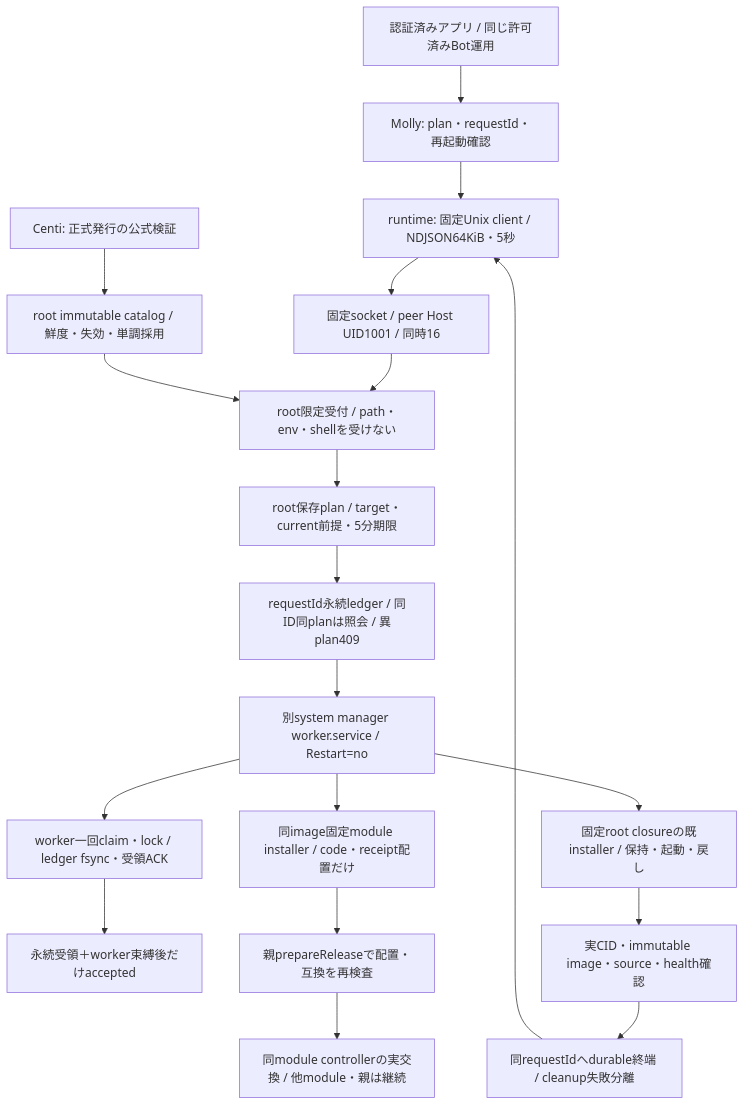
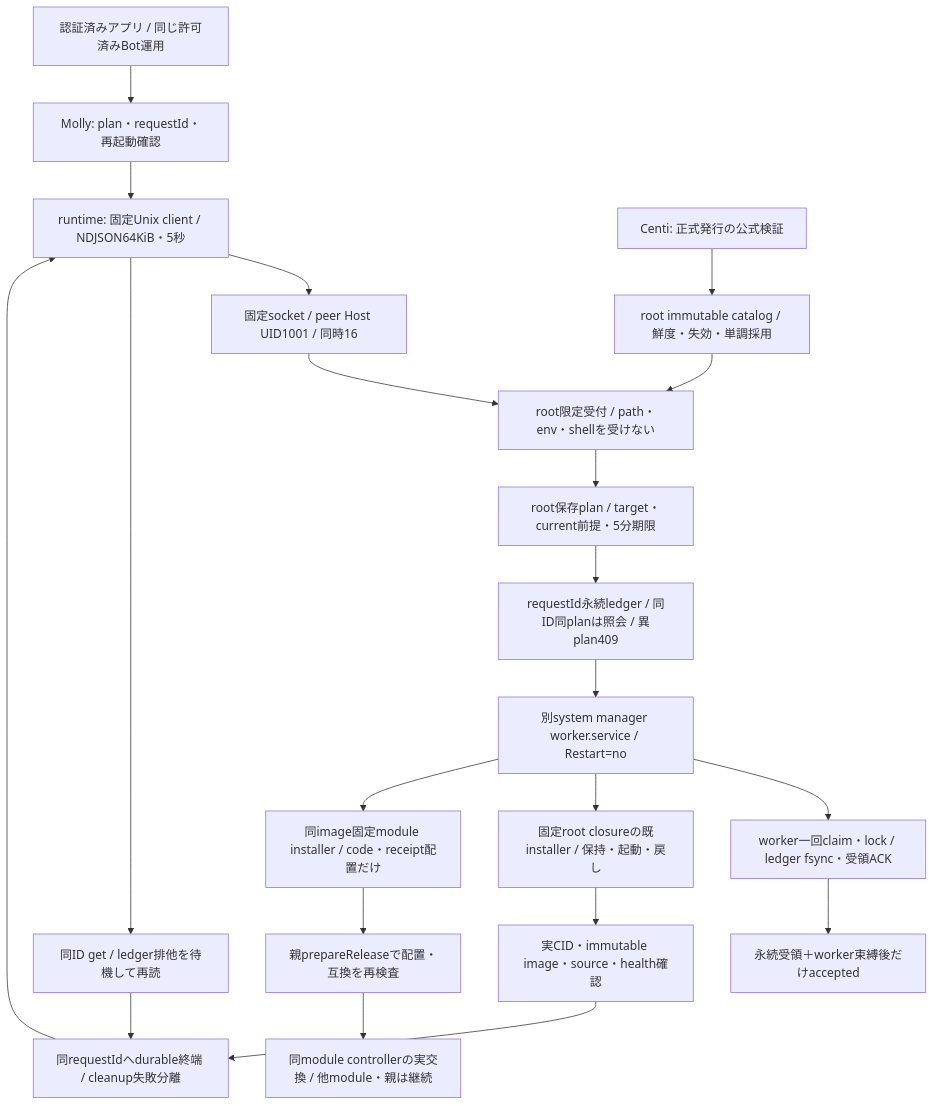
The diagram in docs/architecture/modules/runtime/container-update.md (kitepon/BellTeam), drawn with Mermaid before and after one commit. The commit also changed other lines of this file and 3 other files, not shown here.

````diff
--- a/docs/architecture/modules/runtime/container-update.md
+++ b/docs/architecture/modules/runtime/container-update.md
@@ -5,21 +5,23 @@
 ```mermaid
 flowchart TD
   UI[認証済みアプリ / 同じ許可済みBot運用] --> Common[Molly: plan・requestId・再起動確認]
   Common --> Client[runtime: 固定Unix client / NDJSON64KiB・5秒]
   Client --> Socket[固定socket / peer Host UID1001 / 同時16]
   Socket --> Host[root限定受付 / path・env・shellを受けない]
   Catalog[Centi: 正式発行の公式検証] --> Store[root immutable catalog / 鮮度・失効・単調採用]
   Store --> Host
   Host --> Plan[root保存plan / target・current前提・5分期限]
   Plan --> Ledger[requestId永続ledger / 同ID同planは照会 / 異plan409]
   Ledger --> Unit[別system manager worker.service / Restart=no]
   Unit --> Bound[worker一回claim・lock / ledger fsync・受領ACK]
   Bound --> Accepted[永続受領＋worker束縛後だけaccepted]
   Unit --> Installer[固定root closureの既installer / 保持・起動・戻し]
   Unit --> Module[同image固定module installer / code・receipt配置だけ]
   Module --> Recheck[親prepareReleaseで配置・互換を再検査]
   Recheck --> Exchange[同module controllerの実交換 / 他module・親は継続]
   Installer --> Verify[実CID・immutable image・source・health確認]
   Verify --> Result[同requestIdへdurable終端 / cleanup失敗分離]
   Result --> Client
+  Client --> Get[同ID get / ledger排他を待機して再読]
+  Get --> Result
 ```
````
